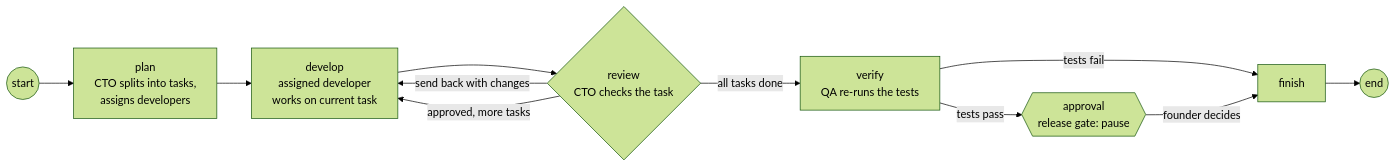
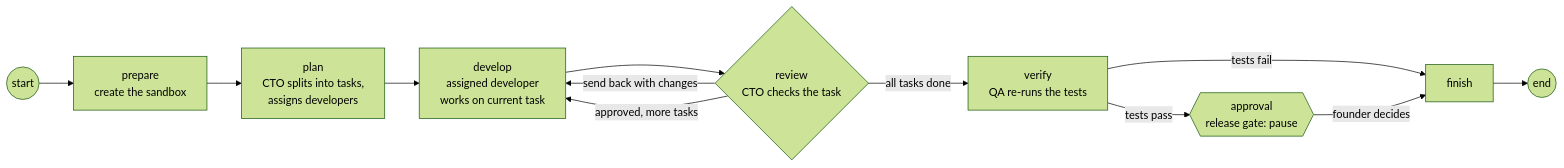
The diagram in docs/technical/features/workflows.md (medhalabs/MedhKarm), drawn with Mermaid (forest theme) before and after one commit. The commit also changed other lines of this file and 60 other files, not shown here.

````diff
--- a/docs/technical/features/workflows.md
+++ b/docs/technical/features/workflows.md
@@ -13,13 +13,14 @@
 ```mermaid
 flowchart LR
-    S((start)) --> P[plan<br/>CTO splits into tasks,<br/>assigns developers]
+    S((start)) --> PR[prepare<br/>create the sandbox]
+    PR --> P[plan<br/>CTO splits into tasks,<br/>assigns developers]
     P --> D[develop<br/>assigned developer<br/>works on current task]
     D --> R{review<br/>CTO checks the task}
     R -->|send back with changes| D
     R -->|approved, more tasks| D
     R -->|all tasks done| V[verify<br/>QA re-runs the tests]
     V -->|tests pass| A{{approval<br/>release gate: pause}}
     V -->|tests fail| F[finish]
     A -->|founder decides| F
     F --> E((end))
 ```
````
